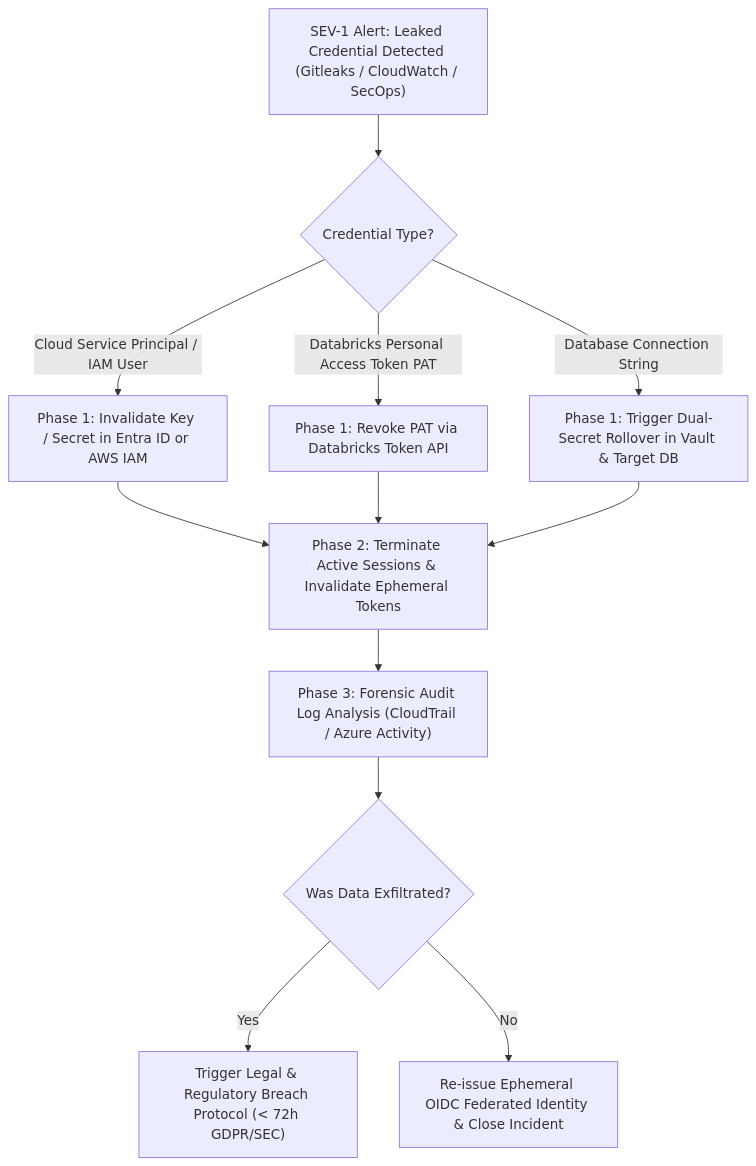
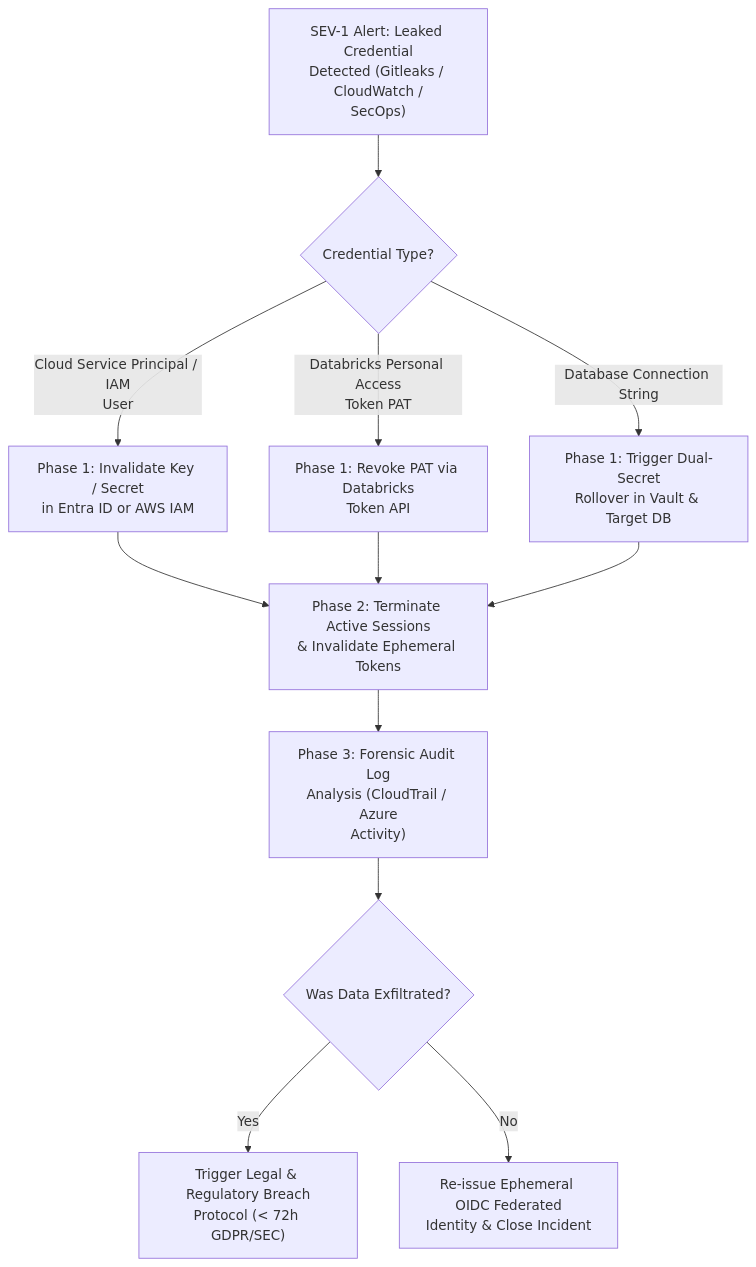
One commit to santoshjammi29/security-handbook changed the diagram in runbooks/01_compromised_credential_and_secret_revocation_triage.md. Above: the diagram before and after it, drawn with Mermaid. The commit also changed 22 other files, not shown here.

Commit message:
fix(diagrams): word-wrap labels and escape comparison operators across all diagrams

````diff
--- a/runbooks/01_compromised_credential_and_secret_revocation_triage.md
+++ b/runbooks/01_compromised_credential_and_secret_revocation_triage.md
@@ -11,18 +11,18 @@
 ```mermaid
 flowchart TD
-    Alert["SEV-1 Alert: Leaked Credential Detected (Gitleaks / CloudWatch / SecOps)"] --> Isolate{"Credential Type?"}
+    Alert["SEV-1 Alert: Leaked Credential<br/>Detected (Gitleaks / CloudWatch /<br/>SecOps)"] --> Isolate{"Credential Type?"}
 
-    Isolate -->|Cloud Service Principal / IAM User| RevokeSP["Phase 1: Invalidate Key / Secret in Entra ID or AWS IAM"]
-    Isolate -->|Databricks Personal Access Token PAT| RevokePAT["Phase 1: Revoke PAT via Databricks Token API"]
-    Isolate -->|Database Connection String| RotateDB["Phase 1: Trigger Dual-Secret Rollover in Vault & Target DB"]
+    Isolate -->|"Cloud Service Principal / IAM<br/>User"| RevokeSP["Phase 1: Invalidate Key / Secret<br/>in Entra ID or AWS IAM"]
+    Isolate -->|"Databricks Personal Access<br/>Token PAT"| RevokePAT["Phase 1: Revoke PAT via Databricks<br/>Token API"]
+    Isolate -->|Database Connection String| RotateDB["Phase 1: Trigger Dual-Secret<br/>Rollover in Vault & Target DB"]
 
-    RevokeSP --> TerminateSessions["Phase 2: Terminate Active Sessions & Invalidate Ephemeral Tokens"]
+    RevokeSP --> TerminateSessions["Phase 2: Terminate Active Sessions<br/>& Invalidate Ephemeral Tokens"]
     RevokePAT --> TerminateSessions
     RotateDB --> TerminateSessions
 
-    TerminateSessions --> ScopeAudit["Phase 3: Forensic Audit Log Analysis (CloudTrail / Azure Activity)"]
+    TerminateSessions --> ScopeAudit["Phase 3: Forensic Audit Log<br/>Analysis (CloudTrail / Azure<br/>Activity)"]
     ScopeAudit --> ExfilCheck{"Was Data Exfiltrated?"}
 
-    ExfilCheck -->|Yes| LegalNotify["Trigger Legal & Regulatory Breach Protocol (< 72h GDPR/SEC)"]
-    ExfilCheck -->|No| LandFix["Re-issue Ephemeral OIDC Federated Identity & Close Incident"]
+    ExfilCheck -->|Yes| LegalNotify["Trigger Legal & Regulatory Breach<br/>Protocol (&lt; 72h GDPR/SEC)"]
+    ExfilCheck -->|No| LandFix["Re-issue Ephemeral OIDC Federated<br/>Identity & Close Incident"]
 ```
````
